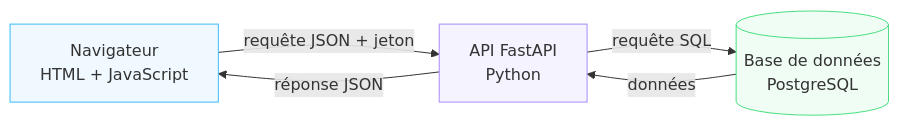
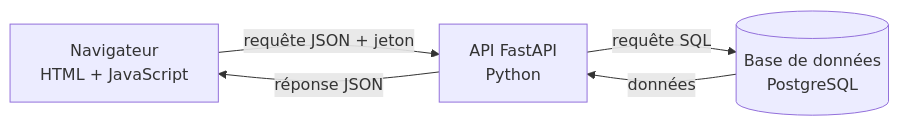
The first of 2 diagrams in README.md (madi-spec49/Classe_Acces), drawn with Mermaid before and after one commit. The commit also changed 2 other files, not shown here.

Commit message:
docs: remove diagram colors so they stay readable in GitHub dark and light themes

````diff
--- a/README.md
+++ b/README.md
@@ -24,19 +24,11 @@
 ```mermaid
 flowchart LR
     N["Navigateur<br/>HTML + JavaScript"]
     A["API FastAPI<br/>Python"]
     D[("Base de données<br/>PostgreSQL")]
 
     N -->|"requête JSON + jeton"| A
     A -->|"réponse JSON"| N
     A -->|"requête SQL"| D
     D -->|"données"| A
-
-    classDef browserStyle stroke:#38bdf8,fill:#f0f9ff
-    classDef apiStyle stroke:#a78bfa,fill:#f5f3ff
-    classDef dbStyle stroke:#4ade80,fill:#f0fdf4
-
-    class N browserStyle
-    class A apiStyle
-    class D dbStyle
 ```
````
